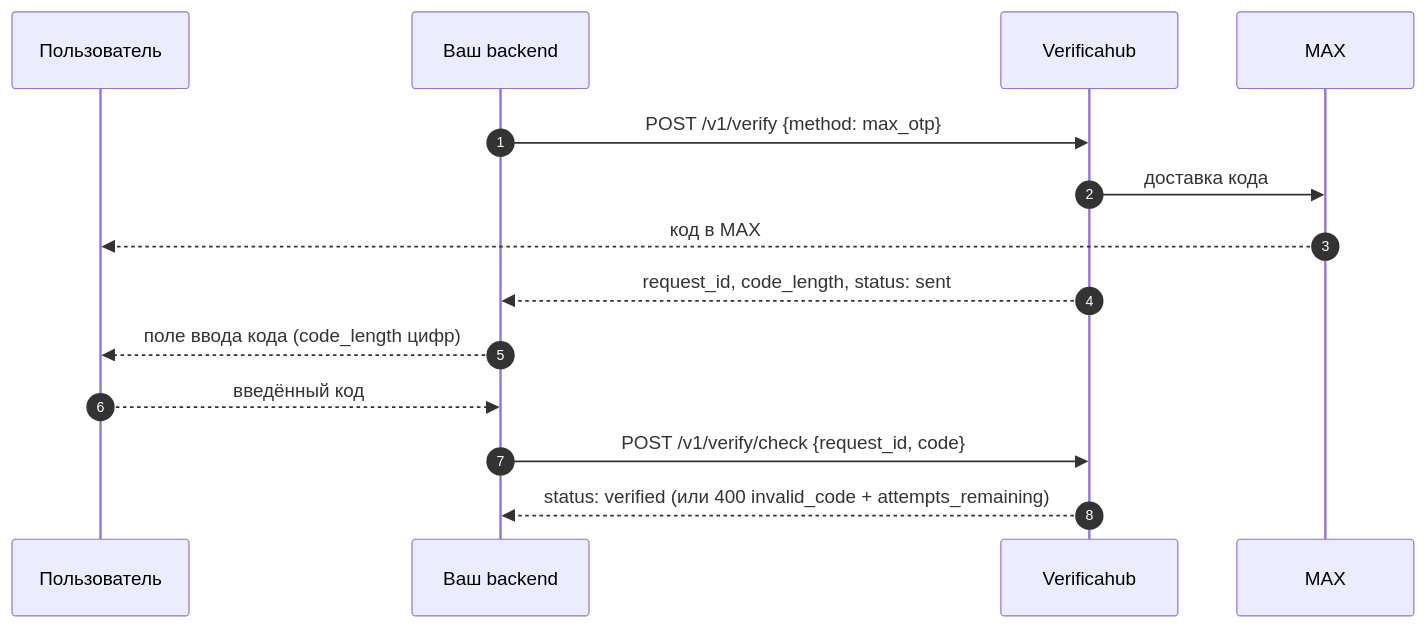
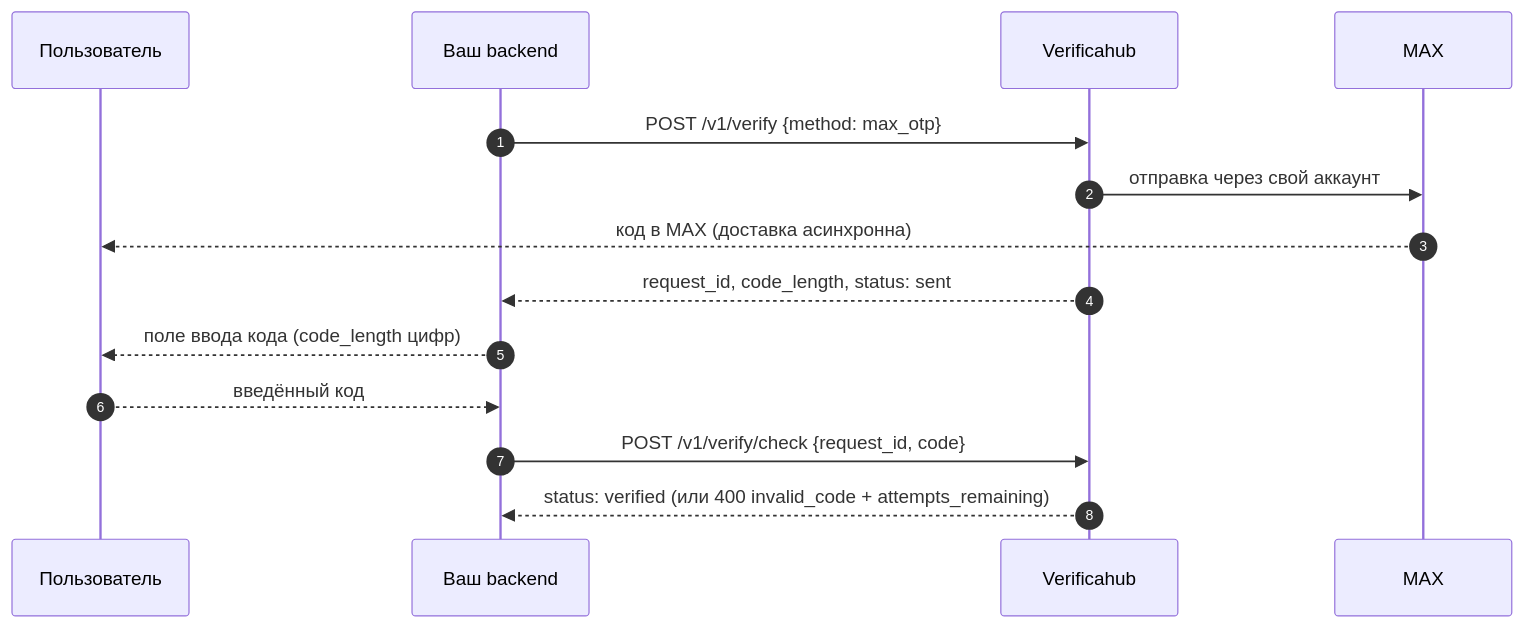
The diagram in docs/integration/flows/max_otp.md (verificahub/verificahub-docs), drawn with Mermaid before and after one commit. The commit also changed other lines of this file and 31 other files, not shown here.

````diff
--- a/docs/integration/flows/max_otp.md
+++ b/docs/integration/flows/max_otp.md
@@ -12,16 +14,16 @@
 ```mermaid
 sequenceDiagram
     autonumber
     participant U as Пользователь
     participant App as Ваш backend
     participant VH as Verificahub
     participant MAX as MAX
     App->>VH: POST /v1/verify {method: max_otp}
-    VH->>MAX: доставка кода
-    MAX-->>U: код в MAX
+    VH->>MAX: отправка через свой аккаунт
+    MAX-->>U: код в MAX (доставка асинхронна)
     VH-->>App: request_id, code_length, status: sent
     App-->>U: поле ввода кода (code_length цифр)
     U-->>App: введённый код
     App->>VH: POST /v1/verify/check {request_id, code}
     VH-->>App: status: verified (или 400 invalid_code + attempts_remaining)
 ```
````
